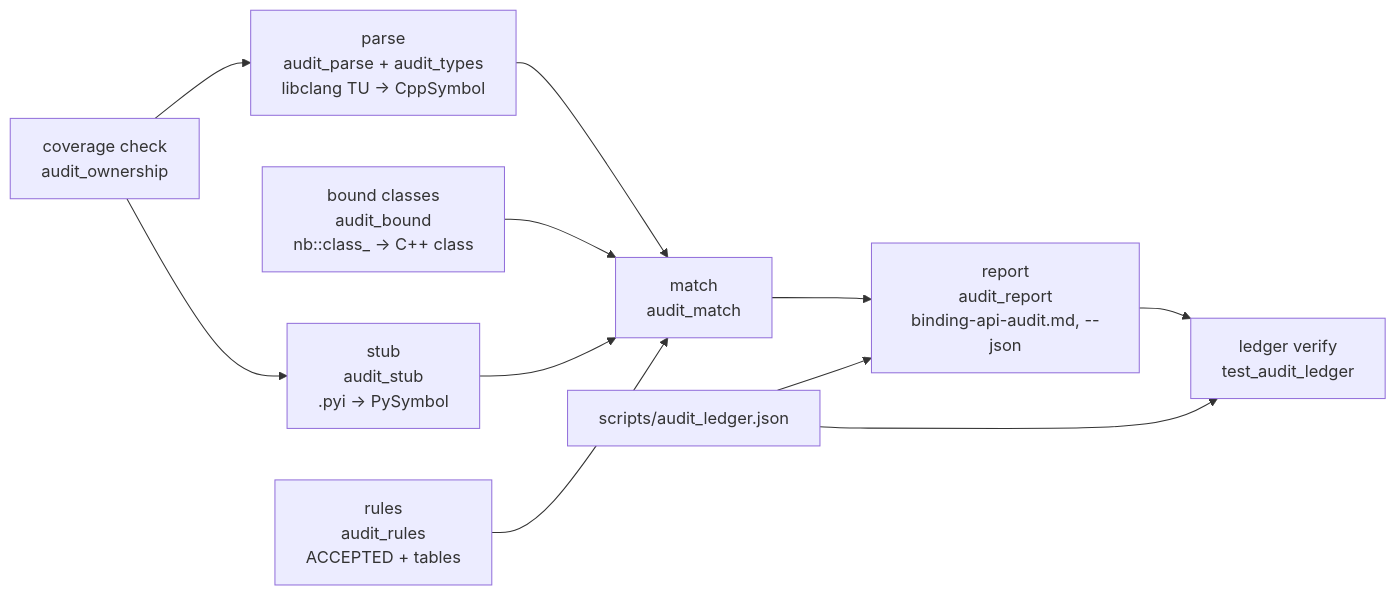
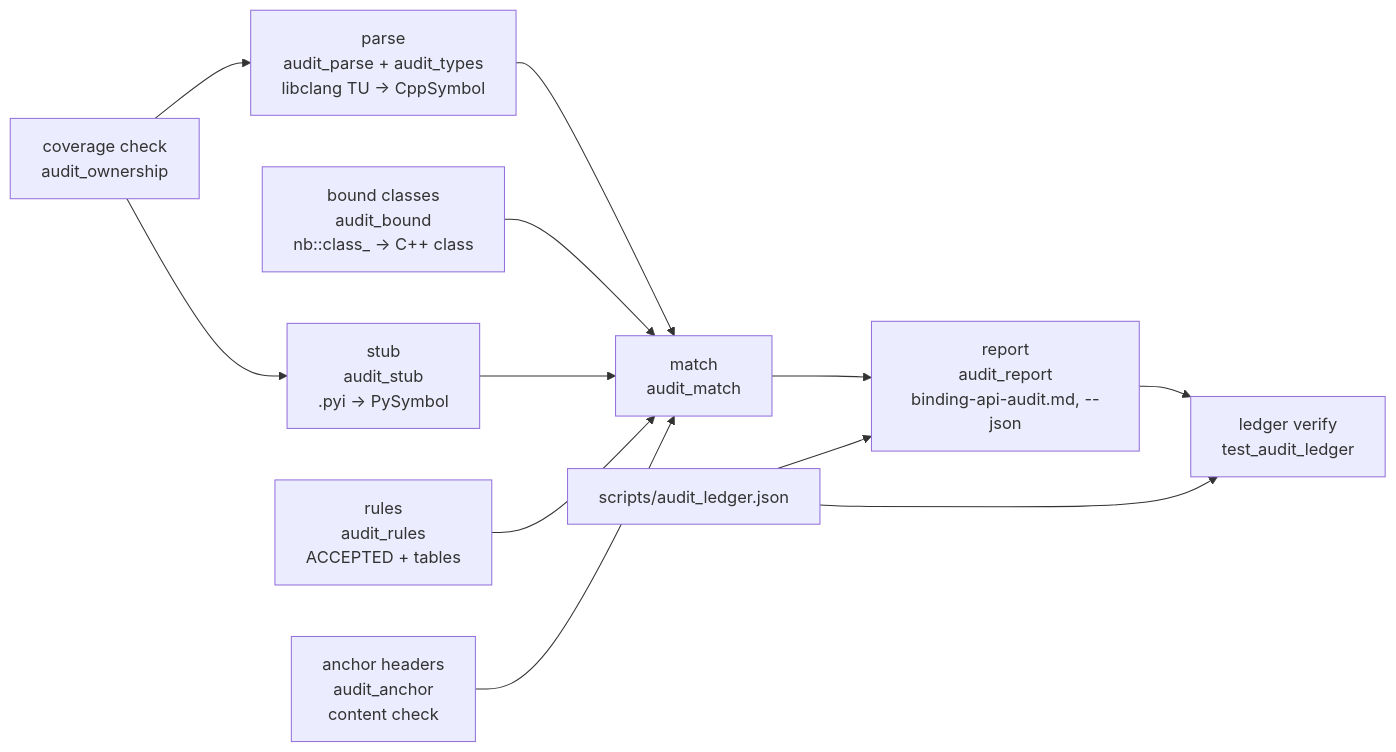
Before and after one commit to tesseract-robotics/tesseract_nanobind: the diagram in docs/developer/binding-audit-coverage.md, drawn with Mermaid. The commit also changed other lines of this file and 14 other files, not shown here.

First line of the commit message:
Keep plugin anchor includes out of the binding audit

````diff
--- a/docs/developer/binding-audit-coverage.md
+++ b/docs/developer/binding-audit-coverage.md
@@ -12,13 +12,14 @@
 ```mermaid
 flowchart LR
     own["coverage check<br/>audit_ownership"] --> parse["parse<br/>audit_parse + audit_types<br/>libclang TU → CppSymbol"]
     own --> stub["stub<br/>audit_stub<br/>.pyi → PySymbol"]
     parse --> match["match<br/>audit_match"]
     bound["bound classes<br/>audit_bound<br/>nb::class_ → C++ class"] --> match
     stub --> match
     rules["rules<br/>audit_rules<br/>ACCEPTED + tables"] --> match
+    anchor["anchor headers<br/>audit_anchor<br/>content check"] --> match
     match --> report["report<br/>audit_report<br/>binding-api-audit.md, --json"]
     ledger["scripts/audit_ledger.json"] --> report
     report --> verify["ledger verify<br/>test_audit_ledger"]
     ledger --> verify
 ```
````
